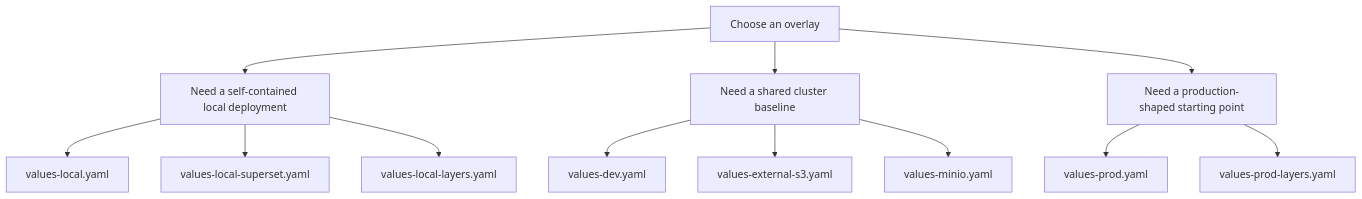
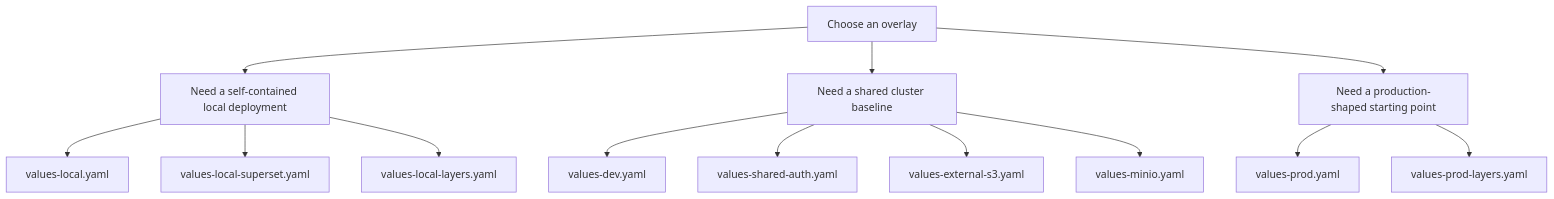
Before and after one commit to sanger-pathogens/dlh-in-a-box-umbrella-helm-chart: the diagram in examples/README.md, drawn with Mermaid. The commit also changed other lines of this file and 30 other files, not shown here.

````diff
--- a/examples/README.md
+++ b/examples/README.md
@@ -8,16 +8,17 @@
 ```mermaid
 flowchart TD
   Start[Choose an overlay]
   Start --> Local[Need a self-contained local deployment]
   Start --> Shared[Need a shared cluster baseline]
   Start --> Prod[Need a production-shaped starting point]
 
   Local --> LocalBase[values-local.yaml]
   Local --> LocalSuperset[values-local-superset.yaml]
   Local --> LocalLayers[values-local-layers.yaml]
   Shared --> Dev[values-dev.yaml]
+  Shared --> SharedAuth[values-shared-auth.yaml]
   Shared --> ExternalS3[values-external-s3.yaml]
   Shared --> MinioOnly[values-minio.yaml]
   Prod --> ProdBase[values-prod.yaml]
   Prod --> ProdLayers[values-prod-layers.yaml]
 ```
````
